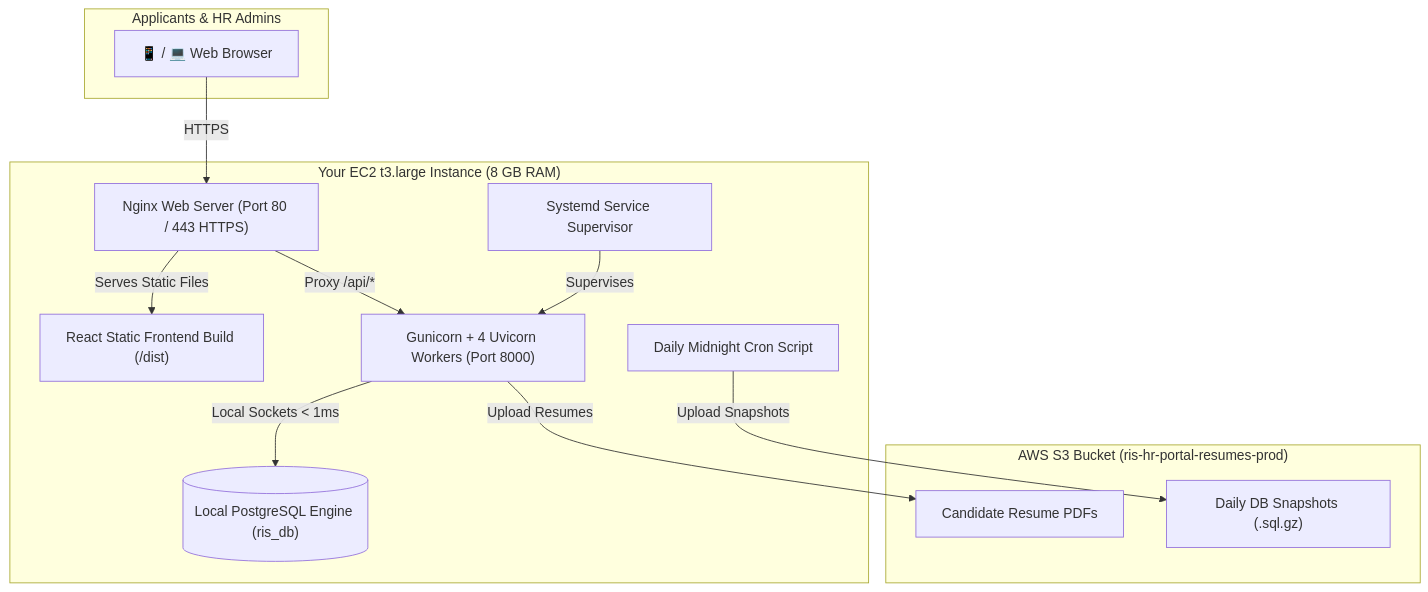
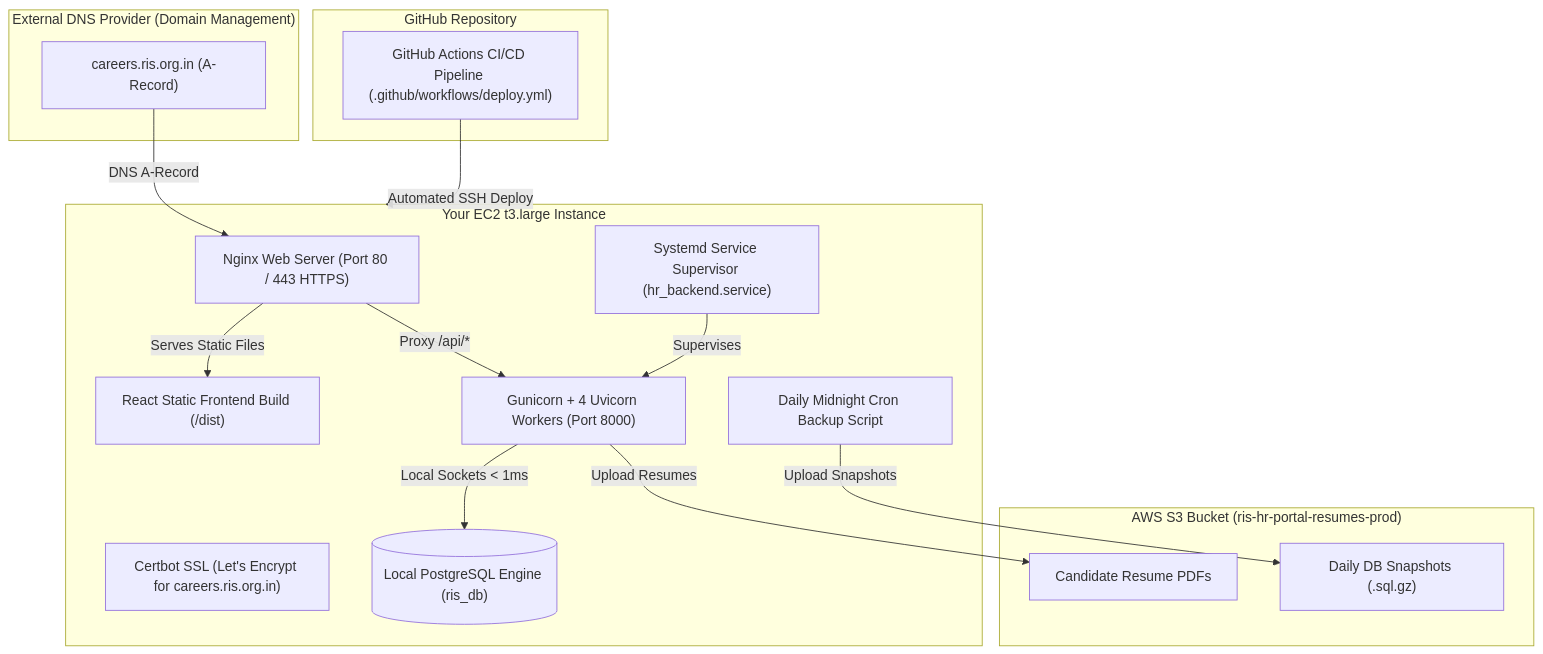
Before and after one commit to aws-ris/HR-Career-Portal: the diagram in implementation_plan.md, drawn with Mermaid. The commit also changed other lines of this file and 5 other files, not shown here.

Commit message:
refactor: transition from Vercel to AWS EC2 by adding GitHub Actions CI/CD and Nginx configuration

````diff
--- a/implementation_plan.md
+++ b/implementation_plan.md
@@ -21,29 +20,35 @@
 ```mermaid
 flowchart TD
-    subgraph Applicants["Applicants & HR Admins"]
-        Users["📱 / 💻 Web Browser"]
+    subgraph ExternalDNS["External DNS Provider (Domain Management)"]
+        Domain["careers.ris.org.in (A-Record)"]
     end
 
-    subgraph AWS_EC2["Your EC2 t3.large Instance (8 GB RAM)"]
+    subgraph GitHub["GitHub Repository"]
+        Actions["GitHub Actions CI/CD Pipeline (.github/workflows/deploy.yml)"]
+    end
+
+    subgraph AWS_EC2["Your EC2 t3.large Instance"]
         Nginx["Nginx Web Server (Port 80 / 443 HTTPS)"]
+        Certbot["Certbot SSL (Let's Encrypt for careers.ris.org.in)"]
         ReactDist["React Static Frontend Build (/dist)"]
         Gunicorn["Gunicorn + 4 Uvicorn Workers (Port 8000)"]
-        Systemd["Systemd Service Supervisor"]
+        Systemd["Systemd Service Supervisor (hr_backend.service)"]
         Postgres[("Local PostgreSQL Engine (ris_db)")]
-        BackupCron["Daily Midnight Cron Script"]
+        BackupCron["Daily Midnight Cron Backup Script"]
 
         Nginx -->|Serves Static Files| ReactDist
         Nginx -->|Proxy /api/*| Gunicorn
         Systemd -->|Supervises| Gunicorn
         Gunicorn -->|Local Sockets < 1ms| Postgres
     end
 
     subgraph AWS_S3["AWS S3 Bucket (ris-hr-portal-resumes-prod)"]
         PDFs["Candidate Resume PDFs"]
         Backups["Daily DB Snapshots (.sql.gz)"]
     end
 
-    Users -->|HTTPS| Nginx
+    Domain -->|DNS A-Record| Nginx
+    Actions -->|Automated SSH Deploy| AWS_EC2
     Gunicorn -->|Upload Resumes| PDFs
     BackupCron -->|Upload Snapshots| Backups
 ```
````
